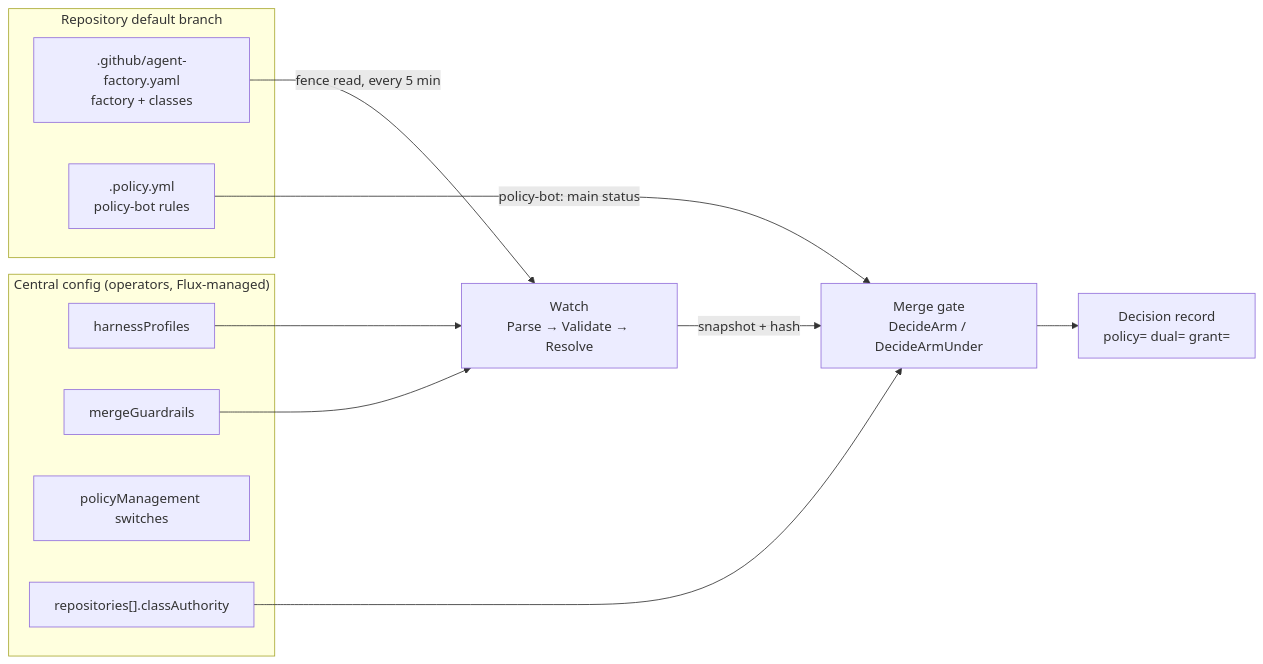
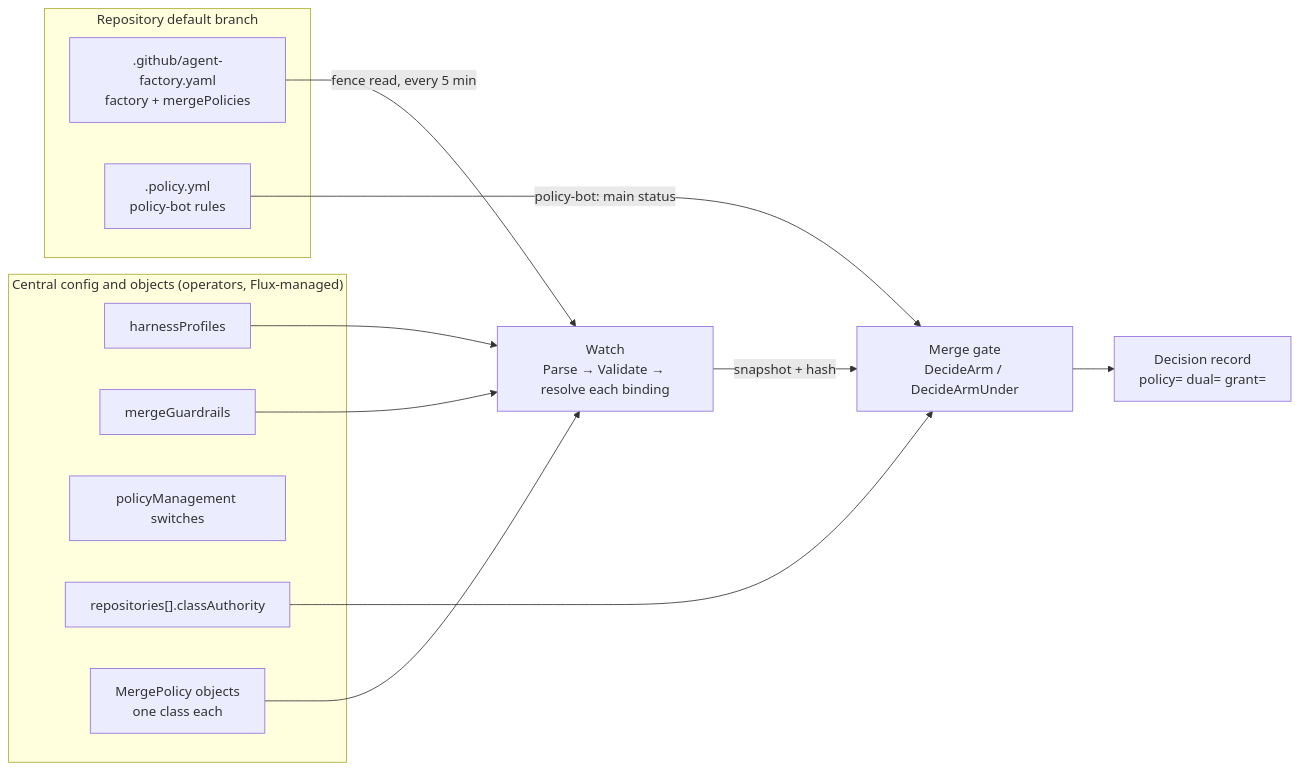
The first of 5 diagrams in docs/merge-policies.md (Smana/maku), drawn with Mermaid before and after one commit. The commit also changed other lines of this file and 128 other files, not shown here.

First line of the commit message:
feat!: reusable merge policies PR K, the per-repository MergePolicy and the file's classes shape removed (release N+1) (#563)

````diff
--- a/docs/merge-policies.md
+++ b/docs/merge-policies.md
@@ -117,20 +103,22 @@
 ```mermaid
 flowchart LR
-  subgraph central["Central config (operators, Flux-managed)"]
+  subgraph central["Central config and objects (operators, Flux-managed)"]
     hp["harnessProfiles"]
     mg["mergeGuardrails"]
     pm["policyManagement switches"]
     ca["repositories[].classAuthority"]
+    mp["MergePolicy objects<br/>one class each"]
   end
   subgraph repo["Repository default branch"]
-    file[".github/agent-factory.yaml<br/>factory + classes"]
+    file[".github/agent-factory.yaml<br/>factory + mergePolicies"]
     pb[".policy.yml<br/>policy-bot rules"]
   end
-  file -->|"fence read, every 5 min"| watch["Watch<br/>Parse → Validate → Resolve"]
+  file -->|"fence read, every 5 min"| watch["Watch<br/>Parse → Validate → resolve each binding"]
+  mp --> watch
   hp --> watch
   mg --> watch
   watch -->|"snapshot + hash"| gate["Merge gate<br/>DecideArm / DecideArmUnder"]
   ca --> gate
   pb -->|"policy-bot: main status"| gate
   gate --> record["Decision record<br/>policy= dual= grant="]
 ```
````
